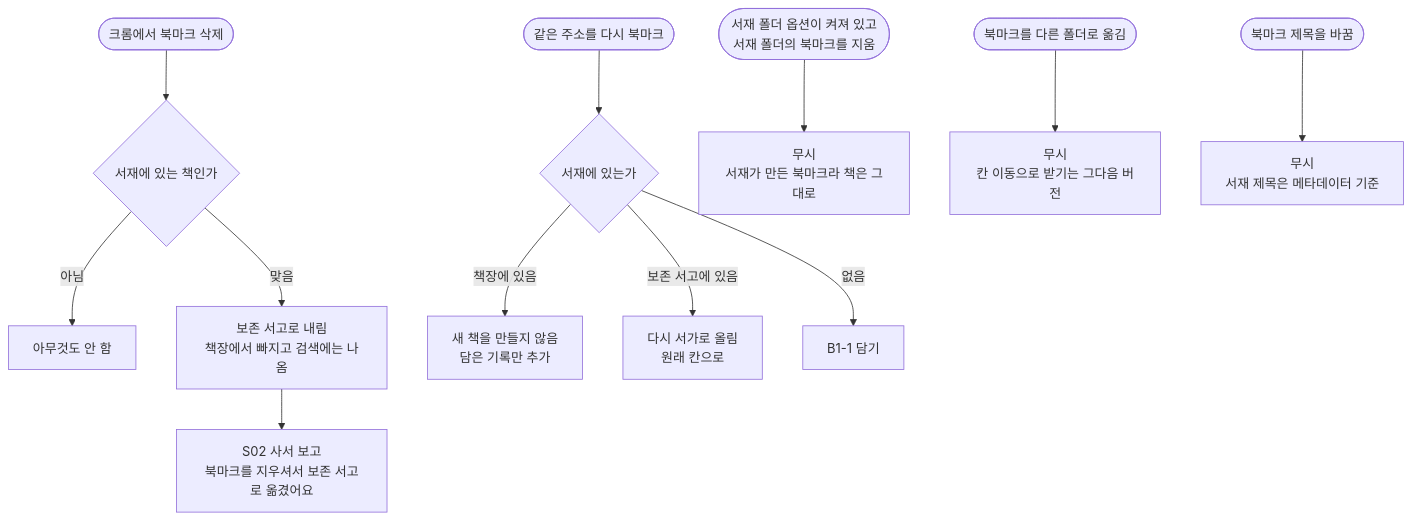
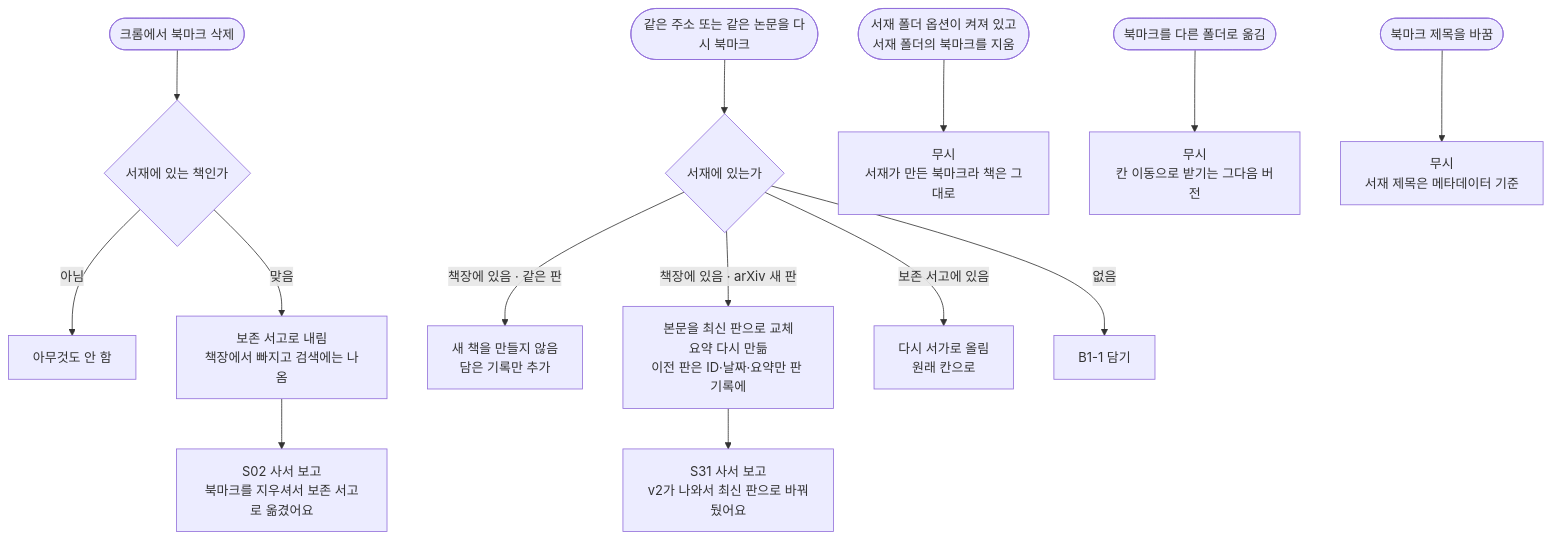
Before and after one commit to daheww-wq/0929: the diagram in flows/src/B5.mmd, drawn with Mermaid. The commit also changed 33040 other files, not shown here.

First line of the commit message:
03 흐름도: 읽기 권한(A1·A5·B1-1·B1-2·B4)과 arXiv 새 판(B5) 반영, SVG·flows.html 재생성

```diff
--- a/flows/src/B5.mmd
+++ b/flows/src/B5.mmd
@@ -1,12 +1,14 @@
 flowchart TD
   A([크롬에서 북마크 삭제]) --> B{"서재에 있는 책인가"}
   B -- 아님 --> Z["아무것도 안 함"]
   B -- 맞음 --> C["보존 서고로 내림<br/>책장에서 빠지고 검색에는 나옴"]
   C --> D["S02 사서 보고<br/>북마크를 지우셔서 보존 서고로 옮겼어요"]
-  E([같은 주소를 다시 북마크]) --> F{"서재에 있는가"}
-  F -- 책장에 있음 --> G["새 책을 만들지 않음<br/>담은 기록만 추가"]
+  E([같은 주소 또는 같은 논문을 다시 북마크]) --> F{"서재에 있는가"}
+  F -- 책장에 있음 · 같은 판 --> G["새 책을 만들지 않음<br/>담은 기록만 추가"]
+  F -- 책장에 있음 · arXiv 새 판 --> G1["본문을 최신 판으로 교체<br/>요약 다시 만듦<br/>이전 판은 ID·날짜·요약만 판 기록에"]
+  G1 --> G2["S31 사서 보고<br/>v2가 나와서 최신 판으로 바꿔뒀어요"]
   F -- 보존 서고에 있음 --> H["다시 서가로 올림<br/>원래 칸으로"]
   F -- 없음 --> I["B1-1 담기"]
   J(["서재 폴더 옵션이 켜져 있고<br/>서재 폴더의 북마크를 지움"]) --> K["무시<br/>서재가 만든 북마크라 책은 그대로"]
   L([북마크를 다른 폴더로 옮김]) --> M["무시<br/>칸 이동으로 받기는 그다음 버전"]
   N([북마크 제목을 바꿈]) --> O["무시<br/>서재 제목은 메타데이터 기준"]
```
